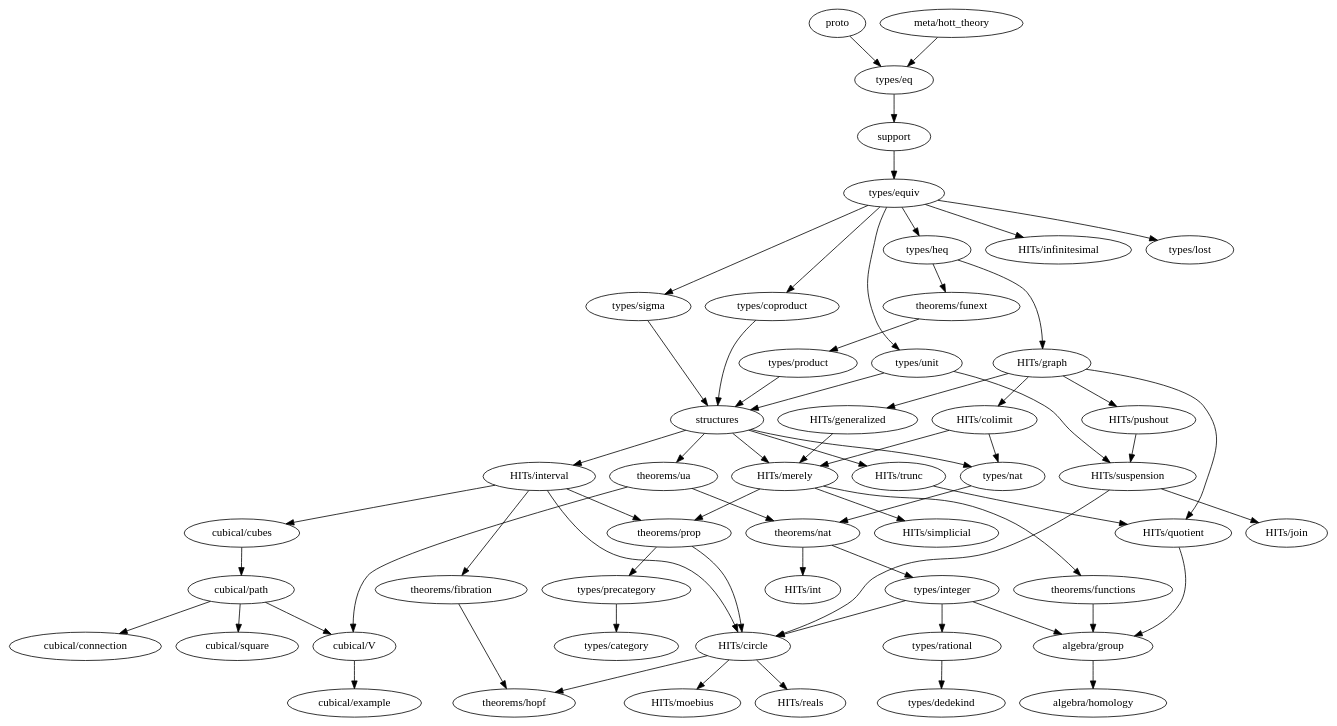
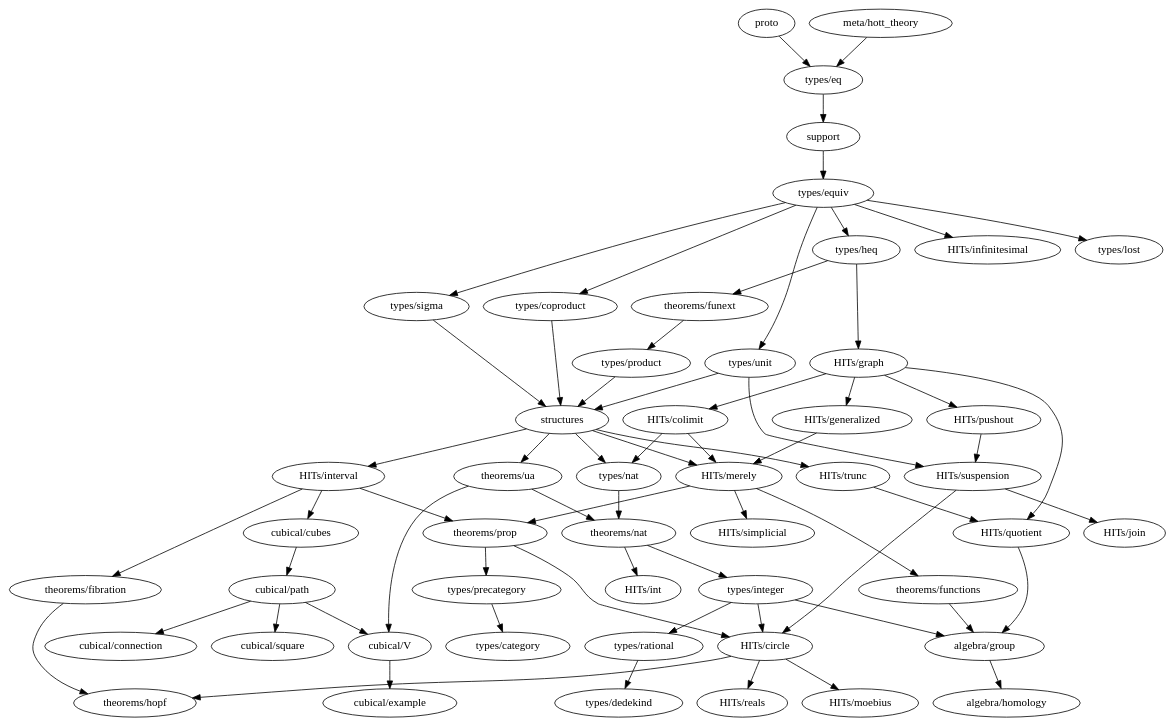
Before and after one commit to forked-from-1kasper/ground_zero: the diagram in dependency_map.gv, drawn with Graphviz. The commit also changed 1 other file, not shown here.

```diff
--- a/dependency_map.gv
+++ b/dependency_map.gv
@@ -1,104 +1,103 @@
 digraph dependency_map {
   proto -> "types/eq"
   "meta/hott_theory" -> "types/eq"
   support -> "types/equiv"
   structures -> {
     "HITs/interval",
     "HITs/merely",
     "HITs/trunc",
     "types/nat",
     "theorems/ua"
   }
 
   subgraph algebra {
     "algebra/group" -> { "algebra/homology" }
     "algebra/homology"
   }
 
   subgraph types {
     "types/category"
     "types/coproduct" -> { structures }
     "types/dedekind"
     "types/eq" -> { support }
     "types/equiv" -> {
       "types/heq",
       "HITs/infinitesimal",
       "types/coproduct",
       "types/lost",
       "types/unit",
       "types/sigma"
     }
     "types/heq" -> {
       "HITs/graph", "theorems/funext"
     }
     "types/integer" -> {
       "algebra/group",
       "HITs/circle",
       "types/rational"
     }
     "types/lost"
     "types/nat" -> { "theorems/nat" }
     "types/precategory" -> { "types/category" }
     "types/product" -> { structures }
     "types/rational" -> { "types/dedekind" }
     "types/sigma" -> { structures }
     "types/unit" -> { structures, "HITs/suspension" }
   }
 
   subgraph HITs {
     "HITs/circle" -> { "theorems/hopf", "HITs/moebius", "HITs/reals" }
     "HITs/colimit" -> { "HITs/merely", "types/nat" }
     "HITs/generalized" -> "HITs/merely"
     "HITs/graph" -> {
       "HITs/colimit",
       "HITs/generalized",
       "HITs/pushout",
       "HITs/quotient"
     }
     "HITs/infinitesimal"
     "HITs/interval" -> {
-      "cubical/cubes"
-      "HITs/circle",
+      "cubical/cubes",
       "theorems/prop",
       "theorems/fibration"
     }
     "HITs/join"
     "HITs/merely" -> {
       "theorems/prop",
       "HITs/simplicial",
       "theorems/functions"
     }
     "HITs/moebius"
     "HITs/pushout" -> {
       "HITs/suspension"
     }
     "HITs/quotient" -> { "algebra/group" }
     "HITs/reals"
     "HITs/simplicial"
     "HITs/suspension" -> { "HITs/circle", "HITs/join" }
     "HITs/trunc" -> { "HITs/quotient" }
   }
 
   subgraph cubical {
     "cubical/connection"
     "cubical/cubes" -> "cubical/path"
     "cubical/example"
     "cubical/path" -> {
       "cubical/square",
       "cubical/V",
       "cubical/connection"
     }
     "cubical/square"
     "cubical/V" -> { "cubical/example" }
   }
 
   subgraph theorems {
     "theorems/fibration" -> { "theorems/hopf" }
     "theorems/functions" -> { "algebra/group" }
     "theorems/funext" -> { "types/product" }
     "theorems/hopf"
     "theorems/nat" -> { "HITs/int", "types/integer" }
     "theorems/prop" -> { "HITs/circle", "types/precategory" }
     "theorems/ua" -> { "theorems/nat", "cubical/V" }
   }
 }
```
